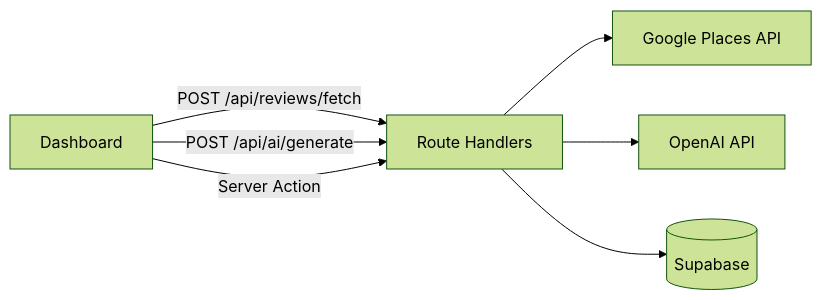
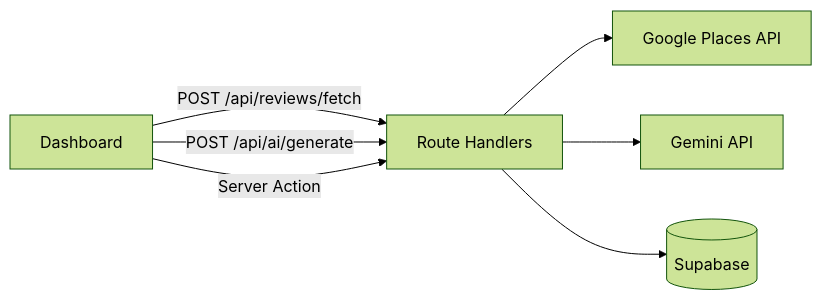
One commit to tvthanh2k3/review-pilot changed the diagram in README.md. Above: the diagram before and after it, drawn with Mermaid (forest theme). The commit also changed other lines of this file, not shown here.

Commit message:
docs: update ai stack to gemini

````diff
--- a/README.md
+++ b/README.md
@@ -21,9 +21,9 @@
 ```mermaid
 flowchart LR
     UI[Dashboard] -->|POST /api/reviews/fetch| API[Route Handlers]
     UI -->|POST /api/ai/generate| API
     UI -->|Server Action| API
     API --> Google[Google Places API]
-    API --> OpenAI[OpenAI API]
+    API --> Gemini[Gemini API]
     API --> DB[(Supabase)]
 ```
````
